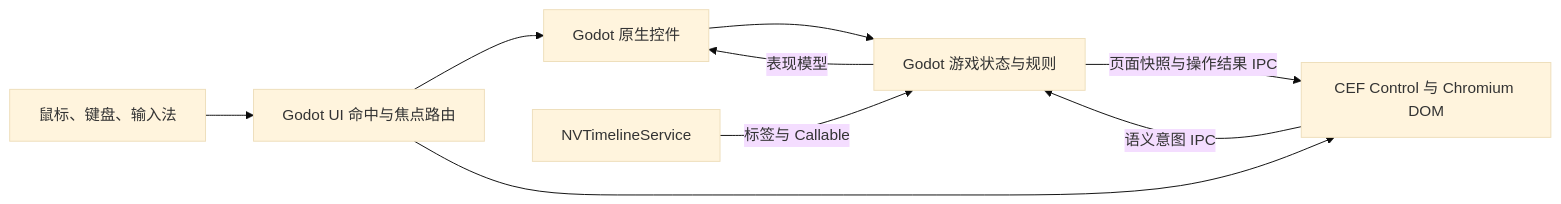
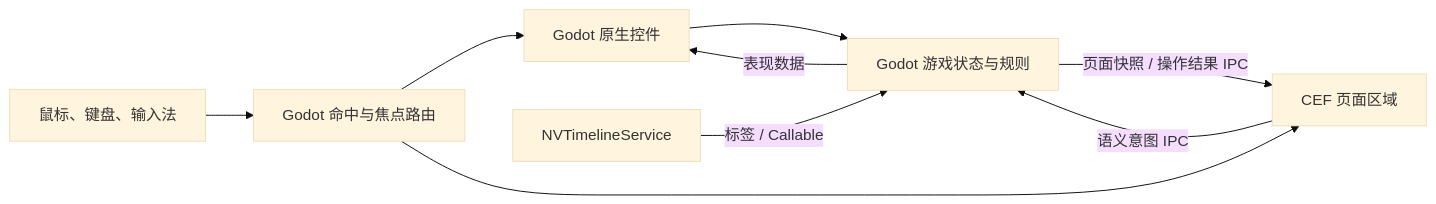
The diagram in Docs/Godot与CEF协作渲染架构设计.md (Millenarysnow/night_voyage), drawn with Mermaid (base theme) before and after one commit. The commit also changed other lines of this file, not shown here.

Commit message:
docs: 精简 Godot 与 CEF 架构设计

````diff
--- a/Docs/Godot与CEF协作渲染架构设计.md
+++ b/Docs/Godot与CEF协作渲染架构设计.md
@@ -90,11 +22,11 @@
 ```mermaid
 flowchart LR
-  OS[鼠标、键盘、输入法] --> ROUTER[Godot UI 命中与焦点路由]
-  ROUTER --> NATIVE[Godot 原生控件]
-  ROUTER --> CEF[CEF Control 与 Chromium DOM]
-  NATIVE --> DOMAIN[Godot 游戏状态与规则]
+  INPUT[鼠标、键盘、输入法] --> ROUTER[Godot 命中与焦点路由]
+  ROUTER --> UI[Godot 原生控件]
+  ROUTER --> CEF[CEF 页面区域]
+  UI --> DOMAIN[Godot 游戏状态与规则]
   CEF -->|语义意图 IPC| DOMAIN
-  TIMELINE[NVTimelineService] -->|标签与 Callable| DOMAIN
-  DOMAIN -->|表现模型| NATIVE
-  DOMAIN -->|页面快照与操作结果 IPC| CEF
+  TIMELINE[NVTimelineService] -->|标签 / Callable| DOMAIN
+  DOMAIN -->|表现数据| UI
+  DOMAIN -->|页面快照 / 操作结果 IPC| CEF
 ```
````
